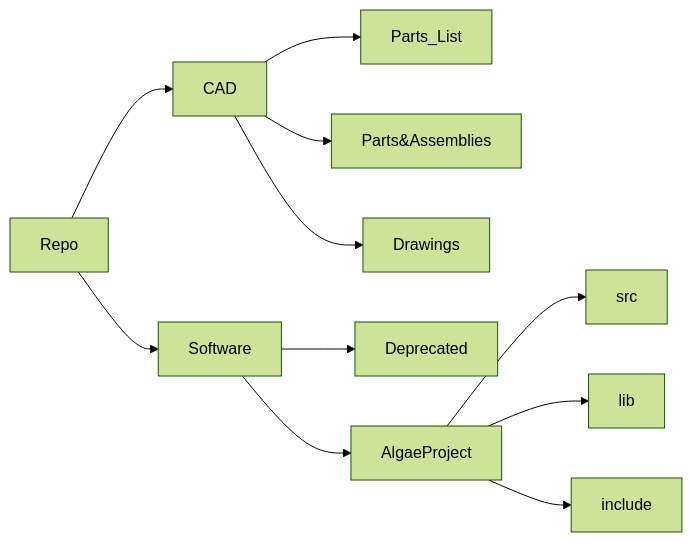
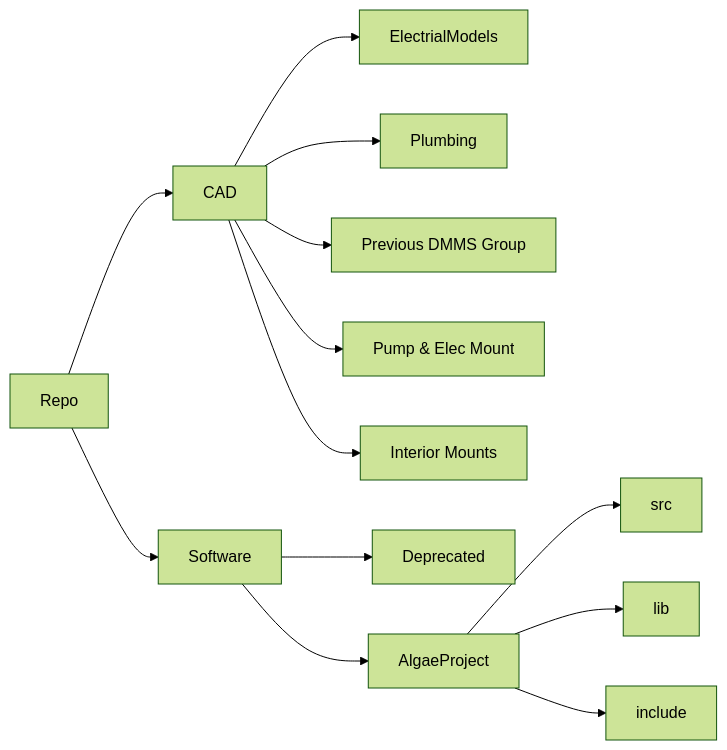
One commit to DARKMOONlite/Algae_Panel changed the diagram in README.md. Above: the diagram before and after it, drawn with Mermaid (forest theme).

Commit message:
updated mermaid

````diff
--- a/README.md
+++ b/README.md
@@ -23,16 +23,16 @@
 ```mermaid
 
 graph LR;
     Repo-->CAD;
     Repo-->Software;
-    CAD-->Parts_List;
-    CAD-->Parts&Assemblies;
-    CAD-->Drawings;
+    CAD-->1[ElectrialModels];
+    CAD-->2[Plumbing];
+    CAD-->3[Previous DMMS Group];
+    CAD-->4[Pump & Elec Mount];
+    CAD-->5[Interior Mounts];
     Software-->Deprecated;
     Software-->AlgaeProject;
     AlgaeProject-->src;
     AlgaeProject-->lib;
     AlgaeProject-->include;
-
-
 ```
````
